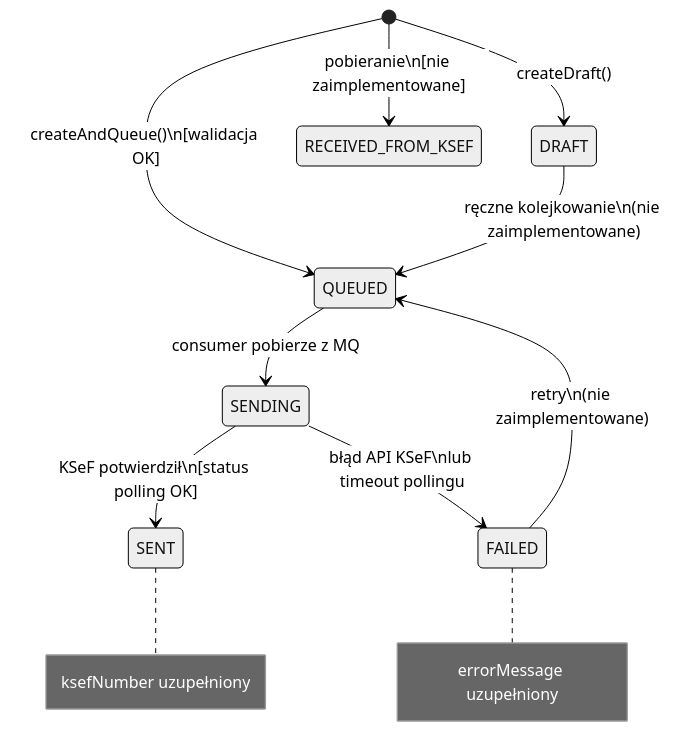
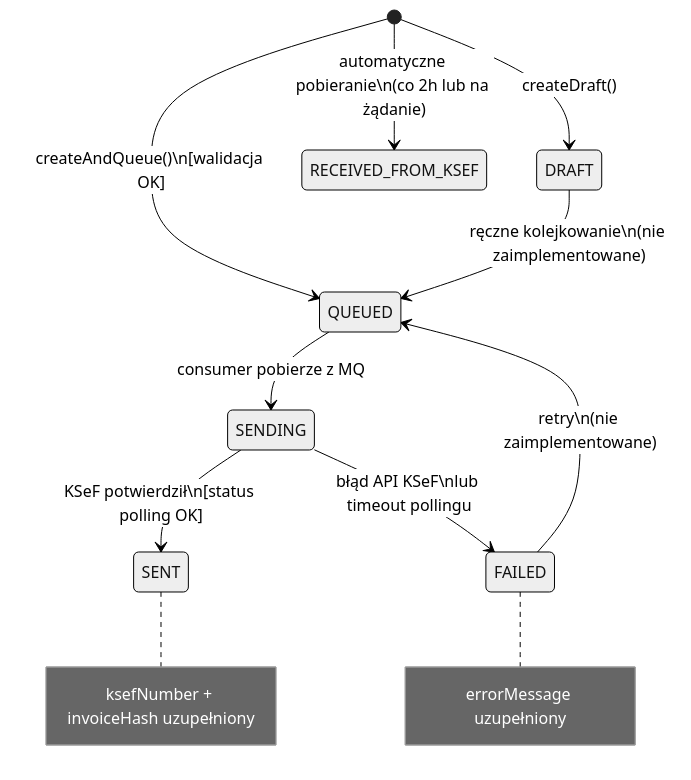
The fifth of 9 diagrams in ARCHITECTURE.md (krx2/ksef-app), drawn with Mermaid (neutral theme) before and after one commit. The commit also changed other lines of this file and 36 other files, not shown here.

````diff
--- a/ARCHITECTURE.md
+++ b/ARCHITECTURE.md
@@ -169,16 +184,16 @@
 ```mermaid
 stateDiagram-v2
     [*] --> DRAFT : createDraft()
     [*] --> QUEUED : createAndQueue()\n[walidacja OK]
 
     DRAFT --> QUEUED : ręczne kolejkowanie\n(nie zaimplementowane)
     QUEUED --> SENDING : consumer pobierze z MQ
     SENDING --> SENT : KSeF potwierdził\n[status polling OK]
     SENDING --> FAILED : błąd API KSeF\nlub timeout pollingu
     FAILED --> QUEUED : retry\n(nie zaimplementowane)
 
-    note right of SENT : ksefNumber uzupełniony
+    note right of SENT : ksefNumber + invoiceHash uzupełniony
     note right of FAILED : errorMessage uzupełniony
 
-    [*] --> RECEIVED_FROM_KSEF : pobieranie\n[nie zaimplementowane]
+    [*] --> RECEIVED_FROM_KSEF : automatyczne pobieranie\n(co 2h lub na żądanie)
 ```
````
